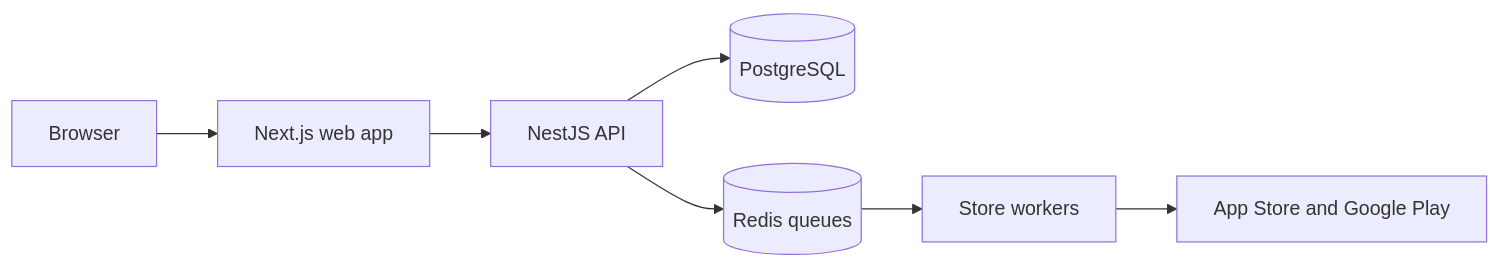
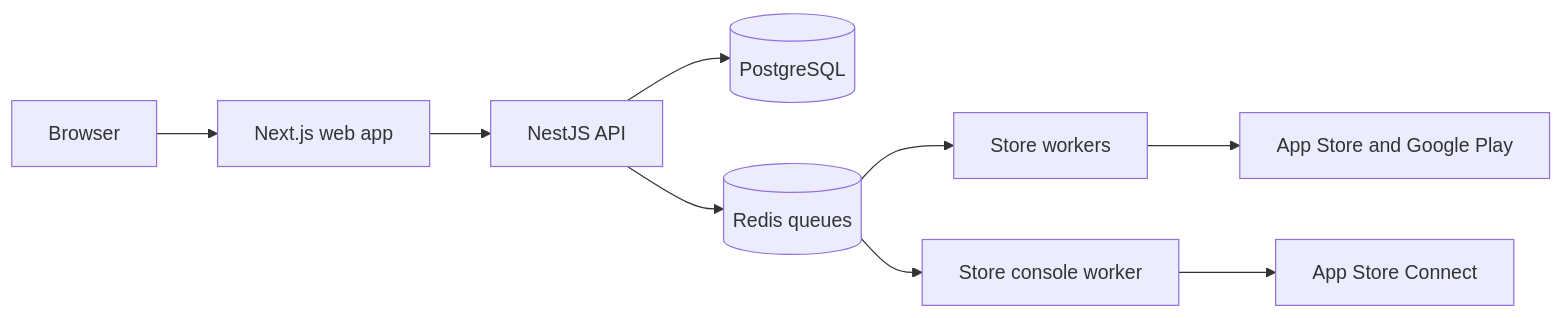
Before and after one commit to AsoBeast/asobeast: the diagram in docs/concepts/architecture.mdx, drawn with Mermaid. The commit also changed other lines of this file and 8 other files, not shown here.

````diff
--- a/docs/concepts/architecture.mdx
+++ b/docs/concepts/architecture.mdx
@@ -56,9 +58,11 @@
 ```mermaid
 graph LR
   B[Browser] --> W[Next.js web app]
   W --> A[NestJS API]
   A --> P[(PostgreSQL)]
   A --> R[(Redis queues)]
   R --> K[Store workers]
   K --> S[App Store and Google Play]
+  R --> C[Store console worker]
+  C --> X[App Store Connect]
 ```
````
